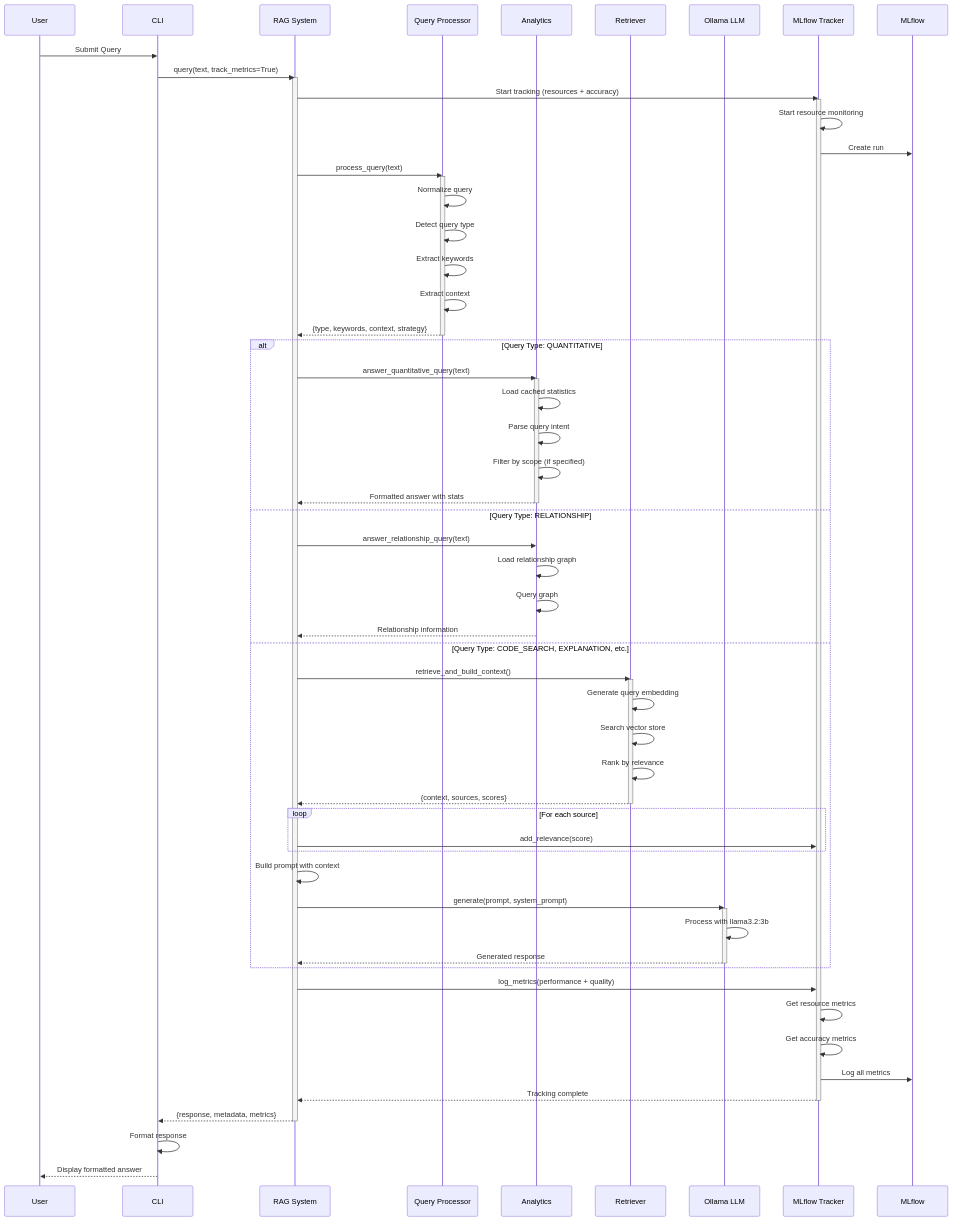
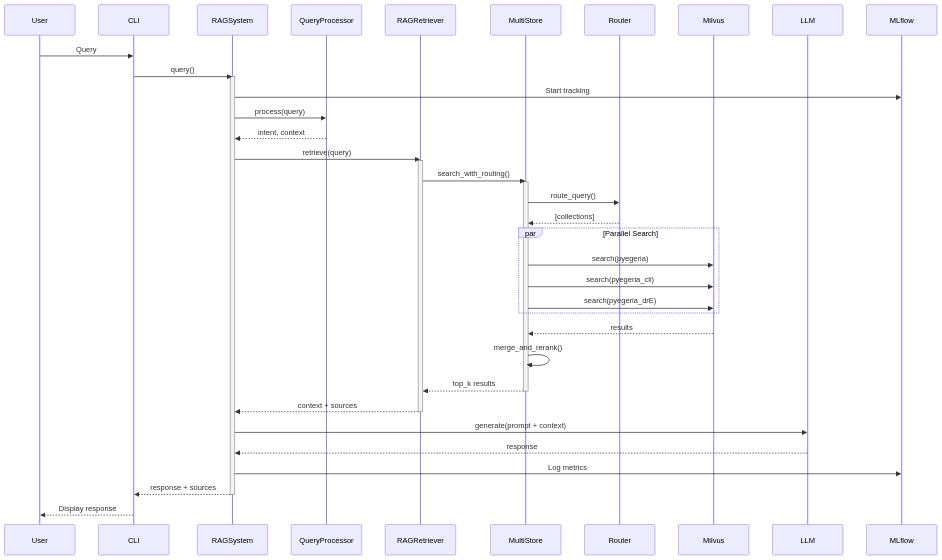
One commit to dwolfson/egeria-advisor changed the seventh of 19 diagrams in SYSTEM_ARCHITECTURE.md. Above: the diagram before and after it, drawn with Mermaid. The commit also changed other lines of this file and 43 other files, not shown here.

````diff
--- a/SYSTEM_ARCHITECTURE.md
+++ b/SYSTEM_ARCHITECTURE.md
@@ -85,76 +267,53 @@
 ```mermaid
 sequenceDiagram
     participant User
     participant CLI
-    participant RAG as RAG System
-    participant QP as Query Processor
-    participant Analytics
-    participant Retriever
-    participant LLM as Ollama LLM
-    participant Tracker as MLflow Tracker
+    participant RAGSystem
+    participant QueryProcessor
+    participant RAGRetriever
+    participant MultiStore
+    participant Router
+    participant Milvus
+    participant LLM
     participant MLflow
     
-    User->>CLI: Submit Query
-    CLI->>RAG: query(text, track_metrics=True)
+    User->>CLI: Query
+    CLI->>RAGSystem: query()
     
-    activate RAG
-    RAG->>Tracker: Start tracking (resources + accuracy)
-    activate Tracker
-    Tracker->>Tracker: Start resource monitoring
-    Tracker->>MLflow: Create run
+    activate RAGSystem
+    RAGSystem->>MLflow: Start tracking
+    RAGSystem->>QueryProcessor: process(query)
+    QueryProcessor-->>RAGSystem: intent, context
     
-    RAG->>QP: process_query(text)
-    activate QP
-    QP->>QP: Normalize query
-    QP->>QP: Detect query type
-    QP->>QP: Extract keywords
-    QP->>QP: Extract context
-    QP-->>RAG: {type, keywords, context, strategy}
-    deactivate QP
+    RAGSystem->>RAGRetriever: retrieve(query)
+    activate RAGRetriever
     
-    alt Query Type: QUANTITATIVE
-        RAG->>Analytics: answer_quantitative_query(text)
-        activate Analytics
-        Analytics->>Analytics: Load cached statistics
-        Analytics->>Analytics: Parse query intent
-        Analytics->>Analytics: Filter by scope (if specified)
-        Analytics-->>RAG: Formatted answer with stats
-        deactivate Analytics
-    else Query Type: RELATIONSHIP
-        RAG->>Analytics: answer_relationship_query(text)
-        Analytics->>Analytics: Load relationship graph
-        Analytics->>Analytics: Query graph
-        Analytics-->>RAG: Relationship information
-    else Query Type: CODE_SEARCH, EXPLANATION, etc.
-        RAG->>Retriever: retrieve_and_build_context()
-        activate Retriever
-        Retriever->>Retriever: Generate query embedding
-        Retriever->>Retriever: Search vector store
-        Retriever->>Retriever: Rank by relevance
-        Retriever-->>RAG: {context, sources, scores}
-        deactivate Retriever
-        
-        loop For each source
-            RAG->>Tracker: add_relevance(score)
-        end
-        
-        RAG->>RAG: Build prompt with context
-        RAG->>LLM: generate(prompt, system_prompt)
-        activate LLM
-        LLM->>LLM: Process with llama3.2:3b
-        LLM-->>RAG: Generated response
-        deactivate LLM
+    RAGRetriever->>MultiStore: search_with_routing()
+    activate MultiStore
+    
+    MultiStore->>Router: route_query()
+    Router-->>MultiStore: [collections]
+    
+    par Parallel Search
+        MultiStore->>Milvus: search(pyegeria)
+        MultiStore->>Milvus: search(pyegeria_cli)
+        MultiStore->>Milvus: search(pyegeria_drE)
     end
     
-    RAG->>Tracker: log_metrics(performance + quality)
-    Tracker->>Tracker: Get resource metrics
-    Tracker->>Tracker: Get accuracy metrics
-    Tracker->>MLflow: Log all metrics
-    Tracker-->>RAG: Tracking complete
-    deactivate Tracker
+    Milvus-->>MultiStore: results
+    MultiStore->>MultiStore: merge_and_rerank()
+    MultiStore-->>RAGRetriever: top_k results
+    deactivate MultiStore
     
-    RAG-->>CLI: {response, metadata, metrics}
-    deactivate RAG
-    CLI->>CLI: Format response
-    CLI-->>User: Display formatted answer
+    RAGRetriever-->>RAGSystem: context + sources
+    deactivate RAGRetriever
+    
+    RAGSystem->>LLM: generate(prompt + context)
+    LLM-->>RAGSystem: response
+    
+    RAGSystem->>MLflow: Log metrics
+    RAGSystem-->>CLI: response + sources
+    deactivate RAGSystem
+    
+    CLI-->>User: Display response
 ```
````
